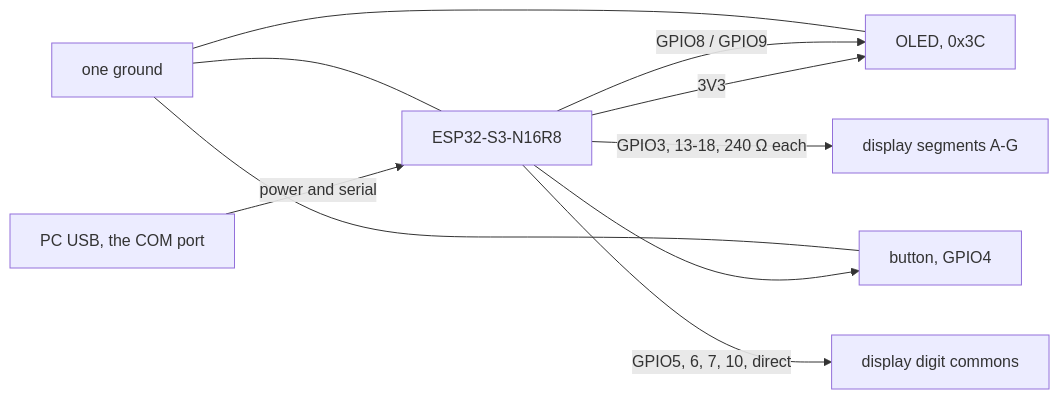
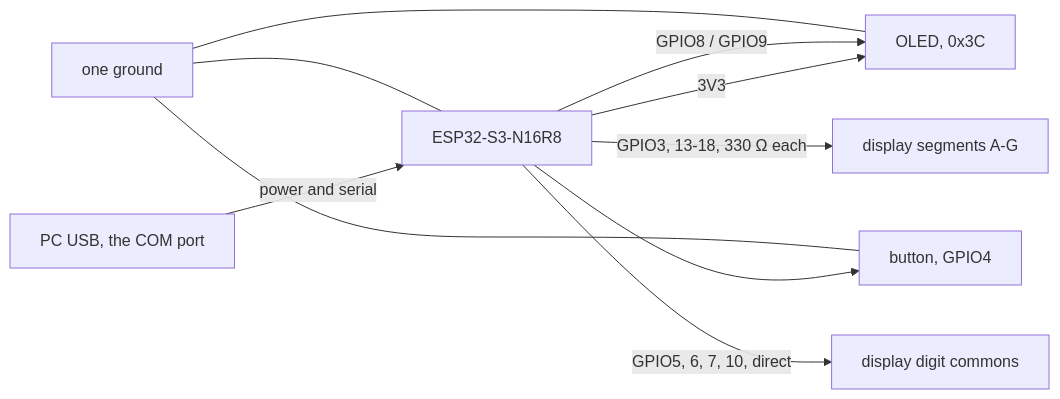
Before and after one commit to FrozenYty/aquavision: the diagram in docs/procurement-en.md, drawn with Mermaid. The commit also changed other lines of this file and 29 other files, not shown here.

````diff
--- a/docs/procurement-en.md
+++ b/docs/procurement-en.md
@@ -121,12 +121,12 @@
 ```mermaid
 flowchart LR
   PC["PC USB, the COM port"] -->|"power and serial"| ESP["ESP32-S3-N16R8"]
   ESP -->|"3V3"| OLED["OLED, 0x3C"]
   ESP -->|"GPIO8 / GPIO9"| OLED
   ESP --> B["button, GPIO4"]
-  ESP -->|"GPIO3, 13-18, 240 Ω each"| SEG["display segments A-G"]
+  ESP -->|"GPIO3, 13-18, 330 Ω each"| SEG["display segments A-G"]
   ESP -->|"GPIO5, 6, 7, 10, direct"| COM["display digit commons"]
   GND["one ground"] --- ESP
   GND --- OLED
   GND --- B
 ```
````
